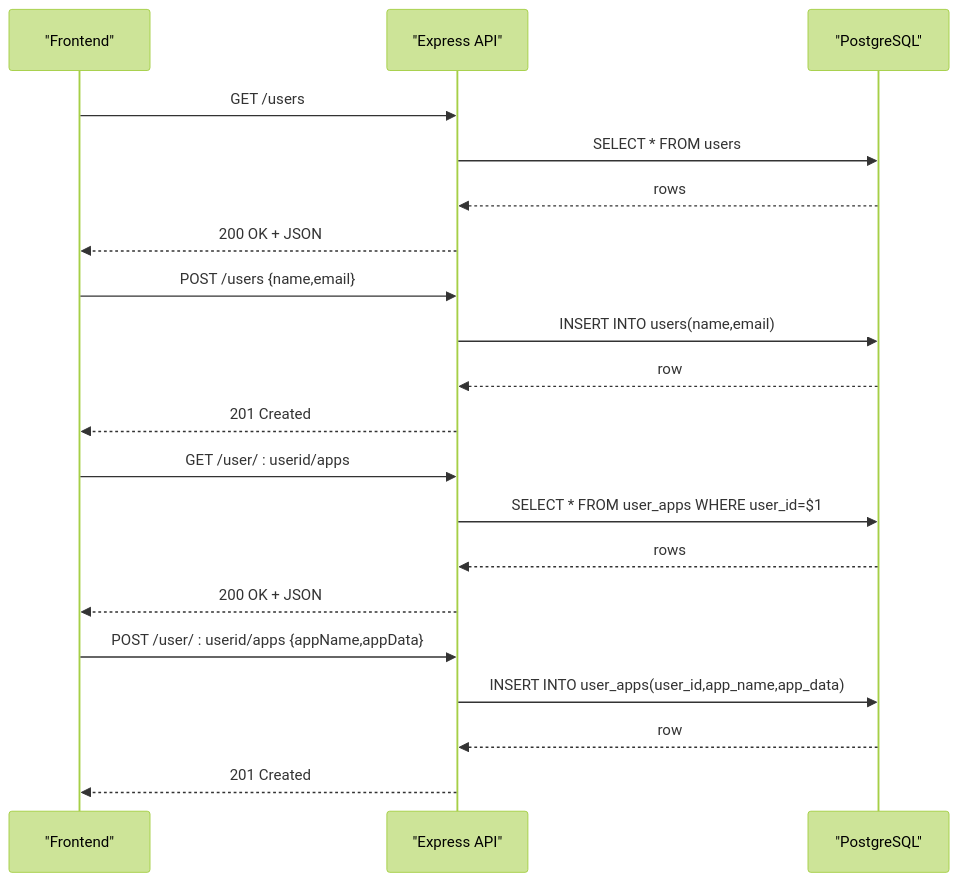
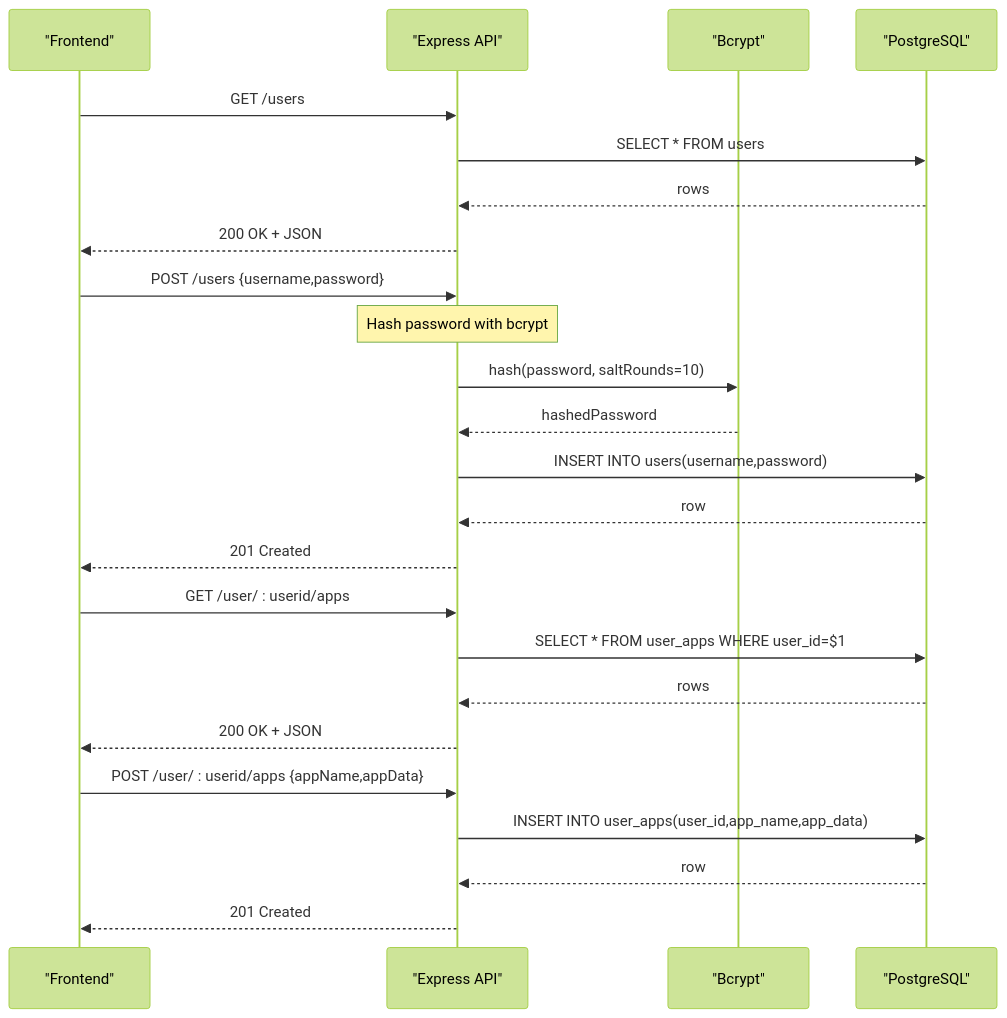
One commit to xinyo/startora changed the second of 6 diagrams in .qoder/repowiki/en/content/Database Schema.md. Above: the diagram before and after it, drawn with Mermaid (forest theme). The commit also changed other lines of this file and 19 other files, not shown here.

````diff
--- a/.qoder/repowiki/en/content/Database Schema.md
+++ b/.qoder/repowiki/en/content/Database Schema.md
@@ -124,22 +140,26 @@
 ```mermaid
 sequenceDiagram
 participant FE as "Frontend"
 participant API as "Express API"
+participant BC as "Bcrypt"
 participant DB as "PostgreSQL"
 FE->>API : GET /users
 API->>DB : SELECT * FROM users
 DB-->>API : rows
 API-->>FE : 200 OK + JSON
-FE->>API : POST /users {name,email}
-API->>DB : INSERT INTO users(name,email)
+FE->>API : POST /users {username,password}
+Note over API : Hash password with bcrypt
+API->>BC : hash(password, saltRounds=10)
+BC-->>API : hashedPassword
+API->>DB : INSERT INTO users(username,password)
 DB-->>API : row
 API-->>FE : 201 Created
 FE->>API : GET /user/ : userid/apps
 API->>DB : SELECT * FROM user_apps WHERE user_id=$1
 DB-->>API : rows
 API-->>FE : 200 OK + JSON
 FE->>API : POST /user/ : userid/apps {appName,appData}
 API->>DB : INSERT INTO user_apps(user_id,app_name,app_data)
 DB-->>API : row
 API-->>FE : 201 Created
 ```
````
